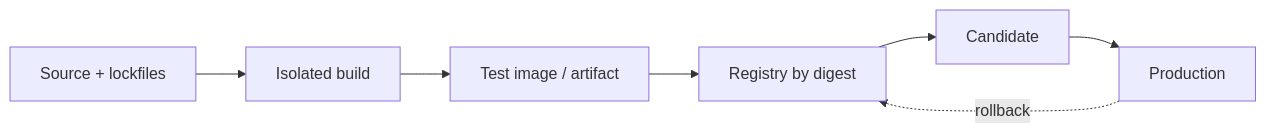
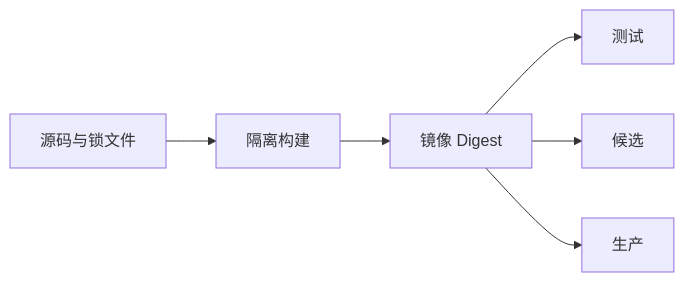
Before and after one commit to upJiang/jiang-blog-vitepress: the diagram in docs/devops/docker-compose.md, drawn with Mermaid. The commit also changed other lines of this file and 164 other files, not shown here.

````diff
--- a/docs/devops/docker-compose.md
+++ b/docs/devops/docker-compose.md
@@ -19,9 +24,8 @@
 ```mermaid
 flowchart LR
-  S[Source + lockfiles] --> B[Isolated build]
-  B --> T[Test image / artifact]
-  T --> R[Registry by digest]
-  R --> C[Candidate]
-  C --> P[Production]
-  P -. rollback .-> R
+  S[源码与锁文件] --> B[隔离构建]
+  B --> I[镜像 Digest]
+  I --> T[测试]
+  I --> C[候选]
+  I --> P[生产]
 ```
````
